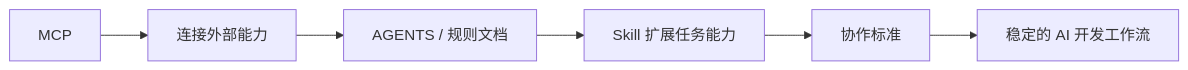
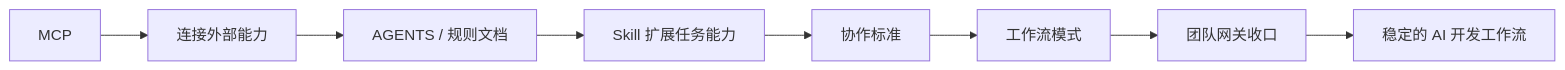
The diagram in AI/AI协作基础设施专题/README.md (nishigepi8/note), drawn with Mermaid before and after one commit. The commit also changed other lines of this file and 2 other files, not shown here.

````diff
--- a/AI/AI协作基础设施专题/README.md
+++ b/AI/AI协作基础设施专题/README.md
@@ -18,8 +18,10 @@
 ```mermaid
 flowchart LR
     A[MCP] --> B[连接外部能力]
     B --> C[AGENTS / 规则文档]
     C --> D[Skill 扩展任务能力]
     D --> E[协作标准]
-    E --> F[稳定的 AI 开发工作流]
+    E --> G[工作流模式]
+    G --> H[团队网关收口]
+    H --> F[稳定的 AI 开发工作流]
 ```
````
